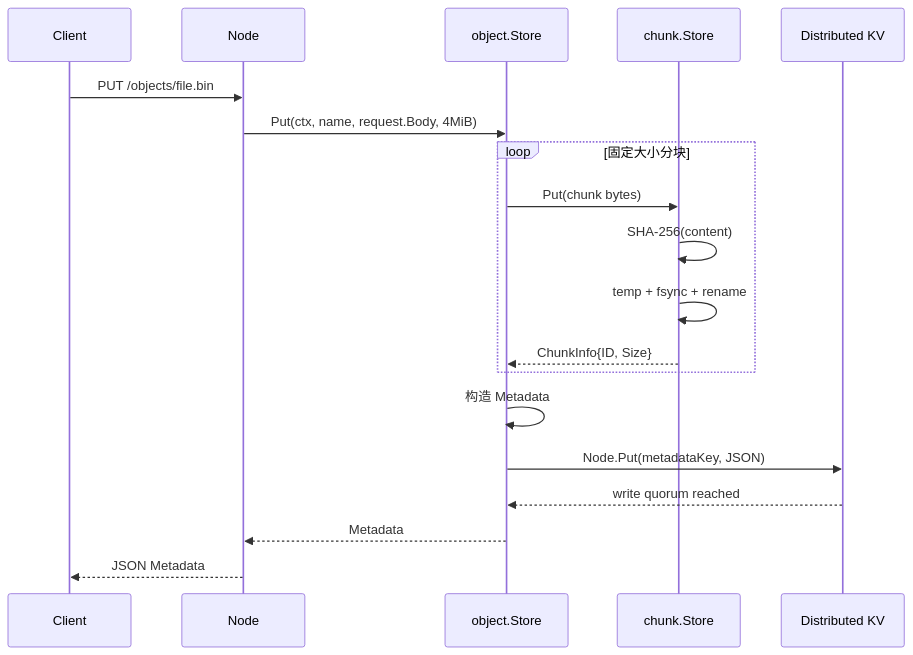
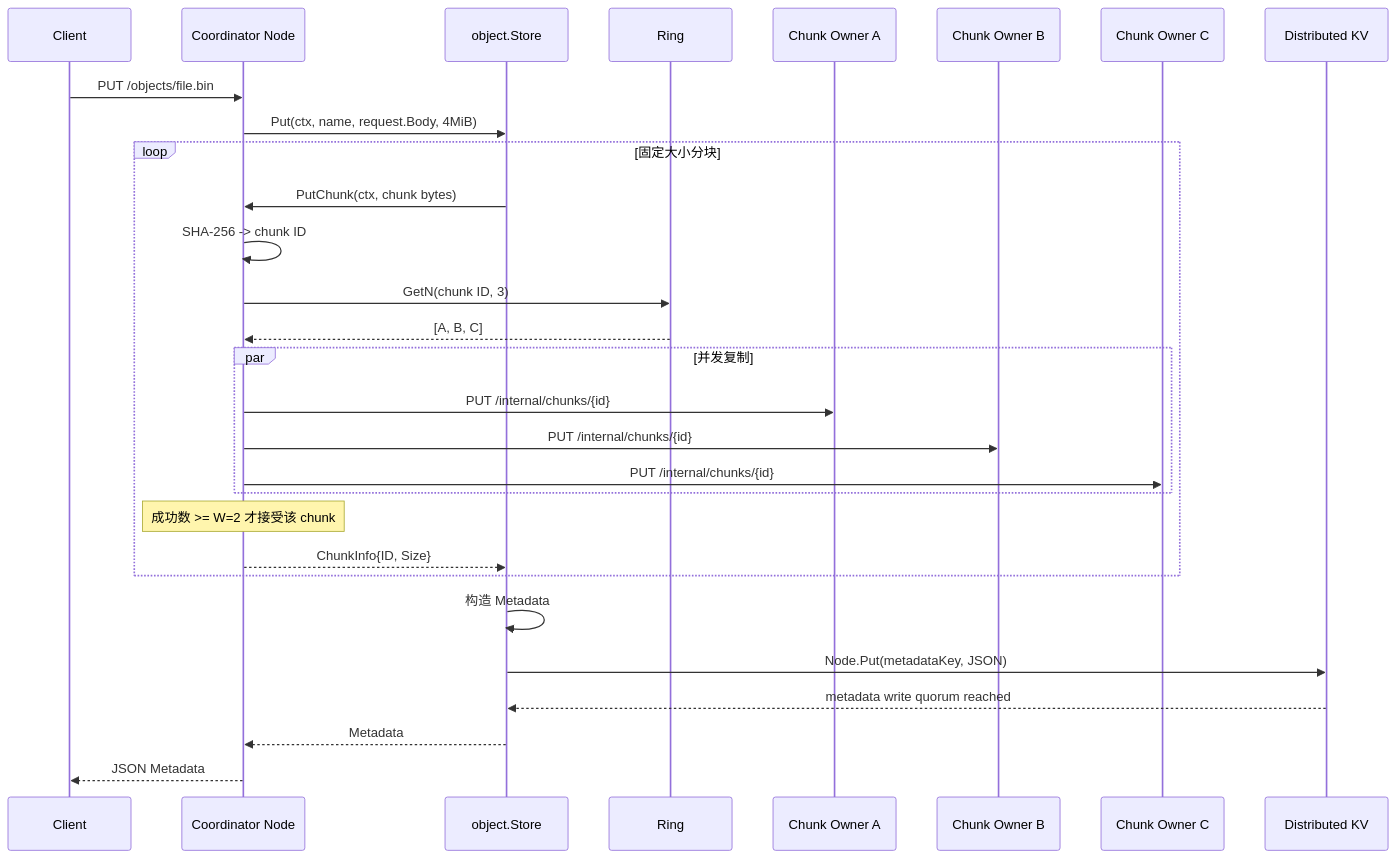
Before and after one commit to huanzichen00/minidist: the fifth of 9 diagrams in ARCHITECTURE.md, drawn with Mermaid. The commit also changed other lines of this file, not shown here.

````diff
--- a/ARCHITECTURE.md
+++ b/ARCHITECTURE.md
@@ -306,24 +351,34 @@
 ```mermaid
 sequenceDiagram
     participant C as Client
-    participant N as Node
+    participant N as Coordinator Node
     participant O as object.Store
-    participant CH as chunk.Store
+    participant R as Ring
+    participant A as Chunk Owner A
+    participant B as Chunk Owner B
+    participant D as Chunk Owner C
     participant KV as Distributed KV
 
     C->>N: PUT /objects/file.bin
     N->>O: Put(ctx, name, request.Body, 4MiB)
 
     loop 固定大小分块
-        O->>CH: Put(chunk bytes)
-        CH->>CH: SHA-256(content)
-        CH->>CH: temp + fsync + rename
-        CH-->>O: ChunkInfo{ID, Size}
+        O->>N: PutChunk(ctx, chunk bytes)
+        N->>N: SHA-256 -> chunk ID
+        N->>R: GetN(chunk ID, 3)
+        R-->>N: [A, B, C]
+        par 并发复制
+            N->>A: PUT /internal/chunks/{id}
+            N->>B: PUT /internal/chunks/{id}
+            N->>D: PUT /internal/chunks/{id}
+        end
+        Note over N: 成功数 >= W=2 才接受该 chunk
+        N-->>O: ChunkInfo{ID, Size}
     end
 
     O->>O: 构造 Metadata
     O->>KV: Node.Put(metadataKey, JSON)
-    KV-->>O: write quorum reached
+    KV-->>O: metadata write quorum reached
     O-->>N: Metadata
     N-->>C: JSON Metadata
 ```
````
